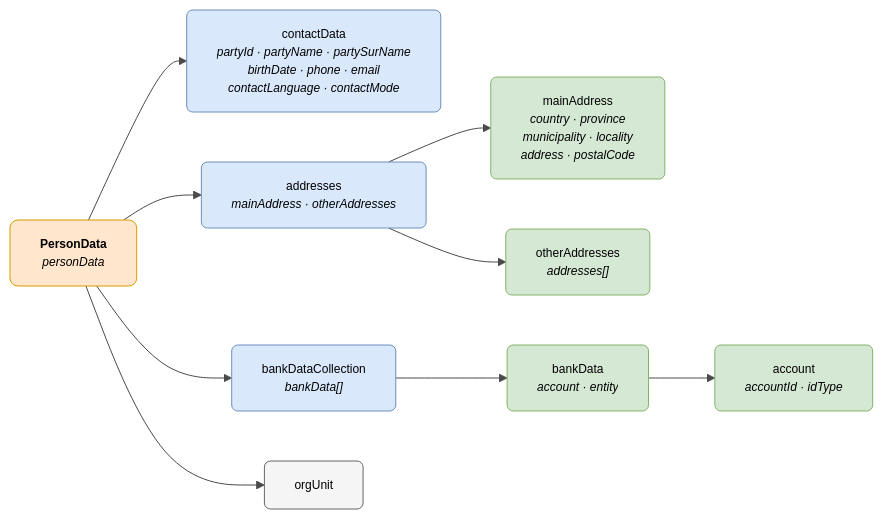
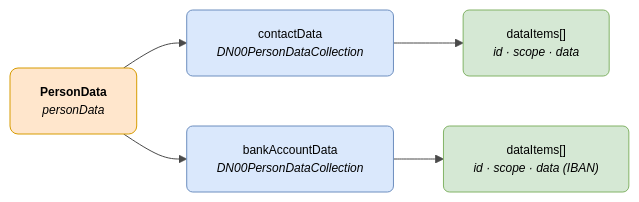
One commit to DENA-Euskadi/dena-euskadi.github.io changed the diagram in docs/semantica/data-retrieve/data/persona.en.md. Above: the diagram before and after it, drawn with Mermaid. The commit also changed other lines of this file and 75 other files, not shown here.

````diff
--- a/docs/semantica/data-retrieve/data/persona.en.md
+++ b/docs/semantica/data-retrieve/data/persona.en.md
@@ -17,37 +16,26 @@
 ```mermaid
 ---
 config:
   theme: base
   themeVariables:
     primaryColor: "#FFFFFF"
     primaryTextColor: "#000000"
     primaryBorderColor: "#CCCCCC"
     lineColor: "#4A4A4A"
     fontSize: "12px"
 ---
 flowchart LR
     PDATA["<b>PersonData</b><br/><i>personData</i>"]
 
-    PDATA --> CONTACT["contactData<br/><i>partyId · partyName · partySurName<br/>birthDate · phone · email<br/>contactLanguage · contactMode</i>"]
-    PDATA --> ADDR["addresses<br/><i>mainAddress · otherAddresses</i>"]
-    PDATA --> BANK["bankDataCollection<br/><i>bankData[]</i>"]
-    PDATA --> ORG["orgUnit"]
+    PDATA --> CONTACT["contactData<br/><i>DN00PersonDataCollection</i>"]
+    PDATA --> BANK["bankAccountData<br/><i>DN00PersonDataCollection</i>"]
 
-    ADDR --> MAIN["mainAddress<br/><i>country · province<br/>municipality · locality<br/>address · postalCode</i>"]
-    ADDR --> OTHER["otherAddresses<br/><i>addresses[]</i>"]
-
-    BANK --> BANKITEM["bankData<br/><i>account · entity</i>"]
-    BANKITEM --> ACCOUNT["account<br/><i>accountId · idType</i>"]
+    CONTACT --> CITEM["dataItems[]<br/><i>id · scope · data</i>"]
+    BANK --> BITEM["dataItems[]<br/><i>id · scope · data (IBAN)</i>"]
 
     style PDATA fill:#ffe6cc,stroke:#d79b00,color:#000000,rx:8,ry:8
     style CONTACT fill:#dae8fc,stroke:#6c8ebf,color:#000000,rx:6,ry:6
-    style ADDR fill:#dae8fc,stroke:#6c8ebf,color:#000000,rx:6,ry:6
     style BANK fill:#dae8fc,stroke:#6c8ebf,color:#000000,rx:6,ry:6
-    style ORG fill:#f5f5f5,stroke:#666666,color:#000000,rx:6,ry:6
-    style MAIN fill:#d5e8d4,stroke:#82b366,color:#000000,rx:6,ry:6
-    style OTHER fill:#d5e8d4,stroke:#82b366,color:#000000,rx:6,ry:6
-    style BANKITEM fill:#d5e8d4,stroke:#82b366,color:#000000,rx:6,ry:6
-    style ACCOUNT fill:#d5e8d4,stroke:#82b366,color:#000000,rx:6,ry:6
-
-    click ORG "../unidad-organica/" "View Organisational Unit"
+    style CITEM fill:#d5e8d4,stroke:#82b366,color:#000000,rx:6,ry:6
+    style BITEM fill:#d5e8d4,stroke:#82b366,color:#000000,rx:6,ry:6
 ```
````
